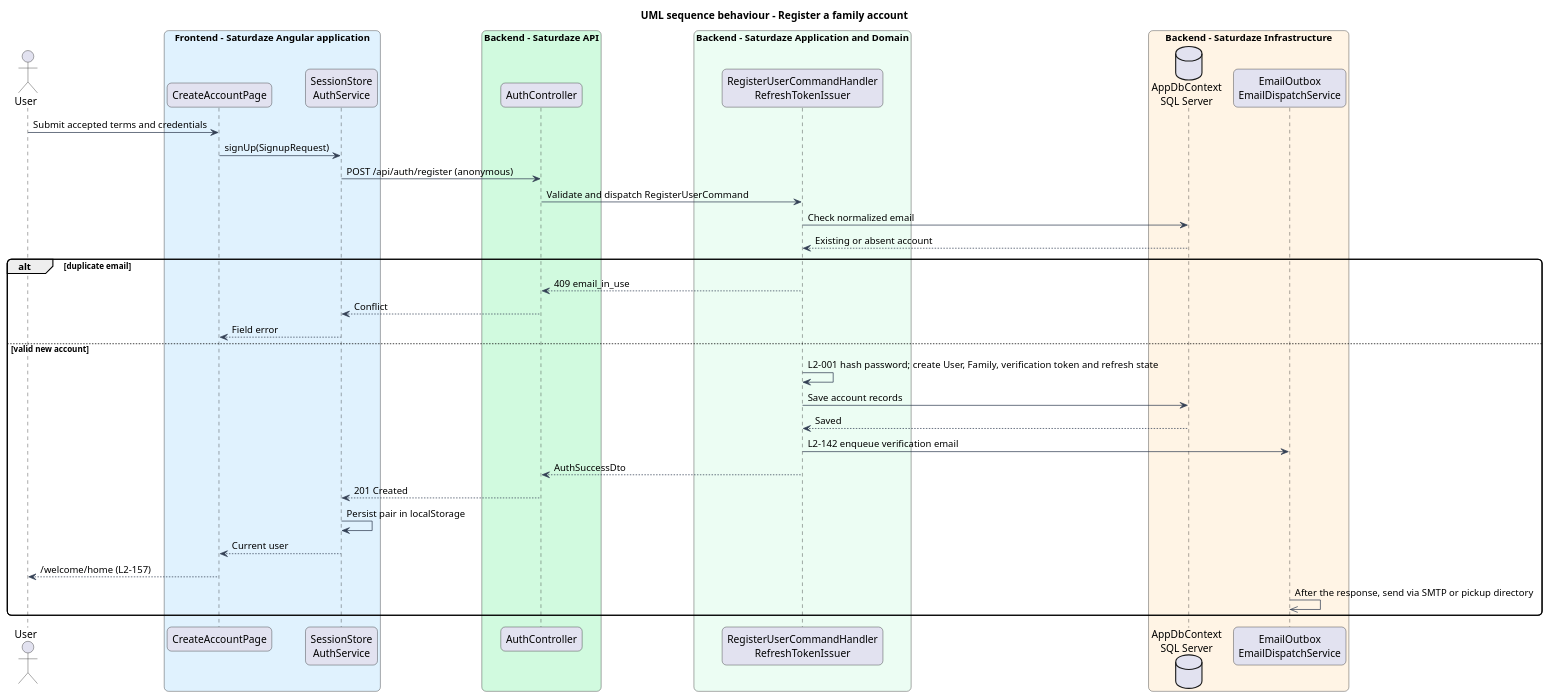
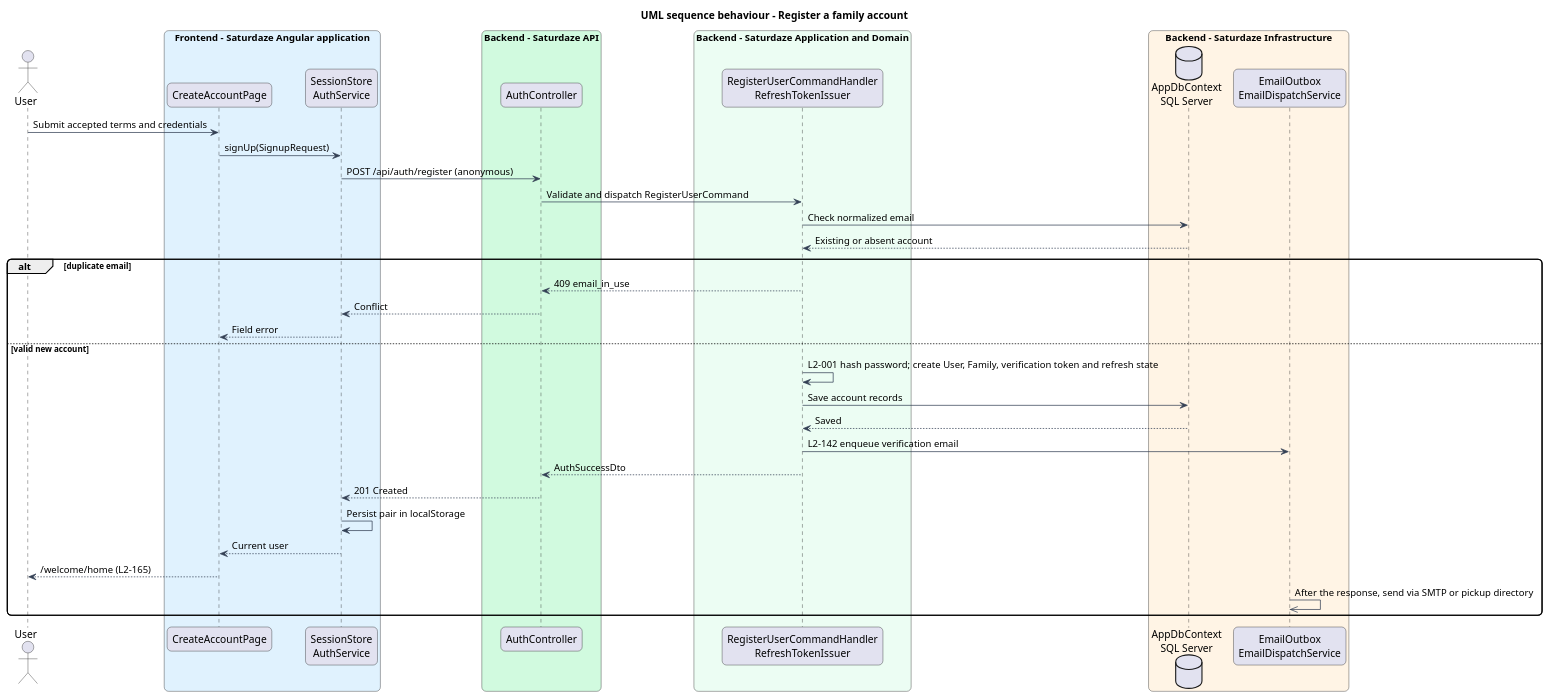
One commit to QuinntyneBrown/saturdaze changed the diagram in docs/detailed-designs/identity-and-access/register-family-account/diagrams/sequence-register.puml. Above: the diagram before and after it, drawn with PlantUML. The commit also changed 26 other files, not shown here.

```diff
--- a/docs/detailed-designs/identity-and-access/register-family-account/diagrams/sequence-register.puml
+++ b/docs/detailed-designs/identity-and-access/register-family-account/diagrams/sequence-register.puml
@@ -1,45 +1,45 @@
 @startuml
 title UML sequence behaviour - Register a family account
 skinparam backgroundColor #FFFFFF
 skinparam shadowing false
 skinparam roundcorner 12
 skinparam defaultFontName Arial
 skinparam ArrowColor #344054
 actor "User" as actor
 box "Frontend - Saturdaze Angular application" #E0F2FE
  participant "CreateAccountPage" as page
  participant "SessionStore\nAuthService" as client
 end box
 box "Backend - Saturdaze API" #D1FADF
  participant "AuthController" as controller
 end box
 box "Backend - Saturdaze Application and Domain" #ECFDF3
  participant "RegisterUserCommandHandler\nRefreshTokenIssuer" as handler
 end box
 box "Backend - Saturdaze Infrastructure" #FFF4E5
  database "AppDbContext\nSQL Server" as db
  participant "EmailOutbox\nEmailDispatchService" as mail
 end box
 actor -> page : Submit accepted terms and credentials
 page -> client : signUp(SignupRequest)
 client -> controller : POST /api/auth/register (anonymous)
 controller -> handler : Validate and dispatch RegisterUserCommand
 handler -> db : Check normalized email
 db --> handler : Existing or absent account
 alt duplicate email
 handler --> controller : 409 email_in_use
 controller --> client : Conflict
 client --> page : Field error
 else valid new account
 handler -> handler : L2-001 hash password; create User, Family, verification token and refresh state
 handler -> db : Save account records
 db --> handler : Saved
 handler -> mail : L2-142 enqueue verification email
 handler --> controller : AuthSuccessDto
 controller --> client : 201 Created
 client -> client : Persist pair in localStorage
 client --> page : Current user
-page --> actor : /welcome/home (L2-157)
+page --> actor : /welcome/home (L2-165)
 mail ->> mail : After the response, send via SMTP or pickup directory
 end
 @enduml
```
